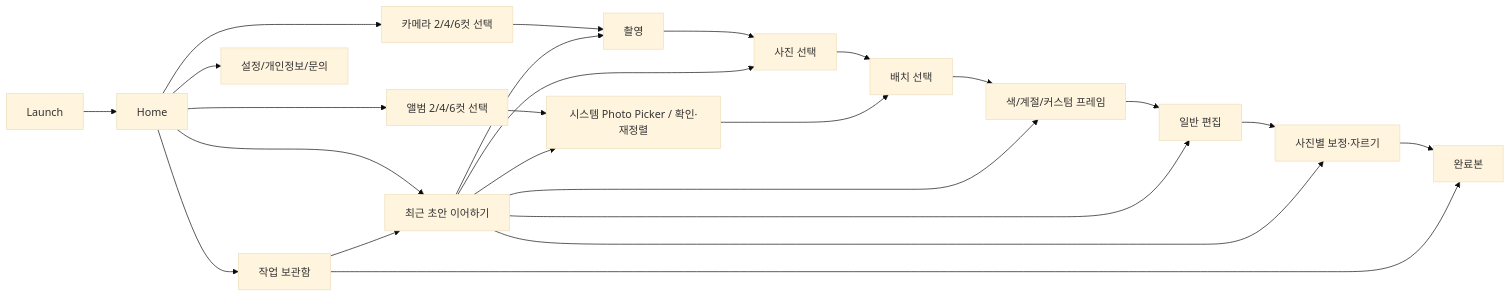
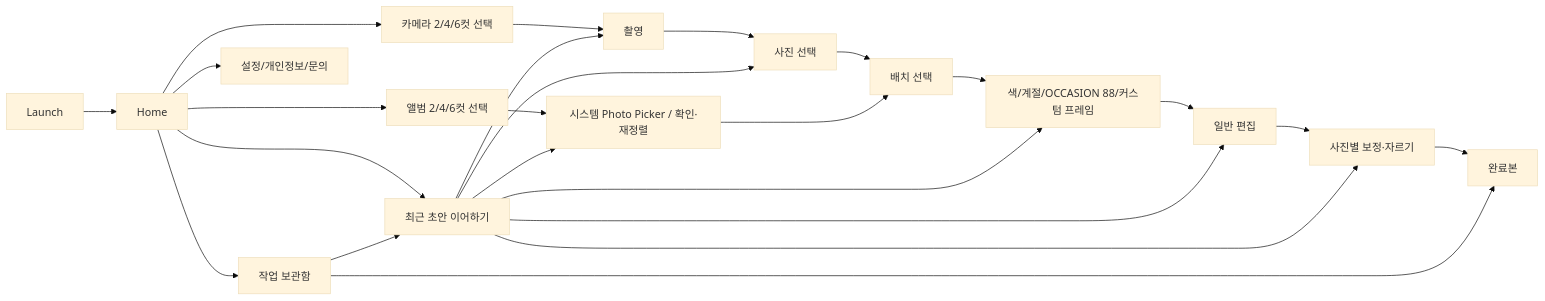
Before and after one commit to sin-jun-woo/Pocket-4Cut-Android: the second of 2 diagrams in docs/ARCHITECTURE.md, drawn with Mermaid (base theme). The commit also changed other lines of this file and 217 other files, not shown here.

````diff
--- a/docs/ARCHITECTURE.md
+++ b/docs/ARCHITECTURE.md
@@ -51,26 +54,26 @@
 ```mermaid
 flowchart LR
     Launch --> Home
     Home --> CameraType[카메라 2/4/6컷 선택]
     Home --> AlbumType[앨범 2/4/6컷 선택]
     CameraType --> Capture[촬영]
     Capture --> Select[사진 선택]
     AlbumType --> Import[시스템 Photo Picker / 확인·재정렬]
     Select --> Layout[배치 선택]
     Import --> Layout
-    Layout --> Frame[색/계절/커스텀 프레임]
+    Layout --> Frame[색/계절/OCCASION 88/커스텀 프레임]
     Frame --> Edit[일반 편집]
     Edit --> Detail[사진별 보정·자르기]
     Detail --> Result[완료본]
     Home --> Resume[최근 초안 이어하기]
     Resume --> Capture
     Resume --> Select
     Resume --> Import
     Resume --> Frame
     Resume --> Edit
     Resume --> Detail
     Home --> Gallery[작업 보관함]
     Gallery --> Result
     Gallery --> Resume
     Home --> Settings[설정/개인정보/문의]
 ```
````
